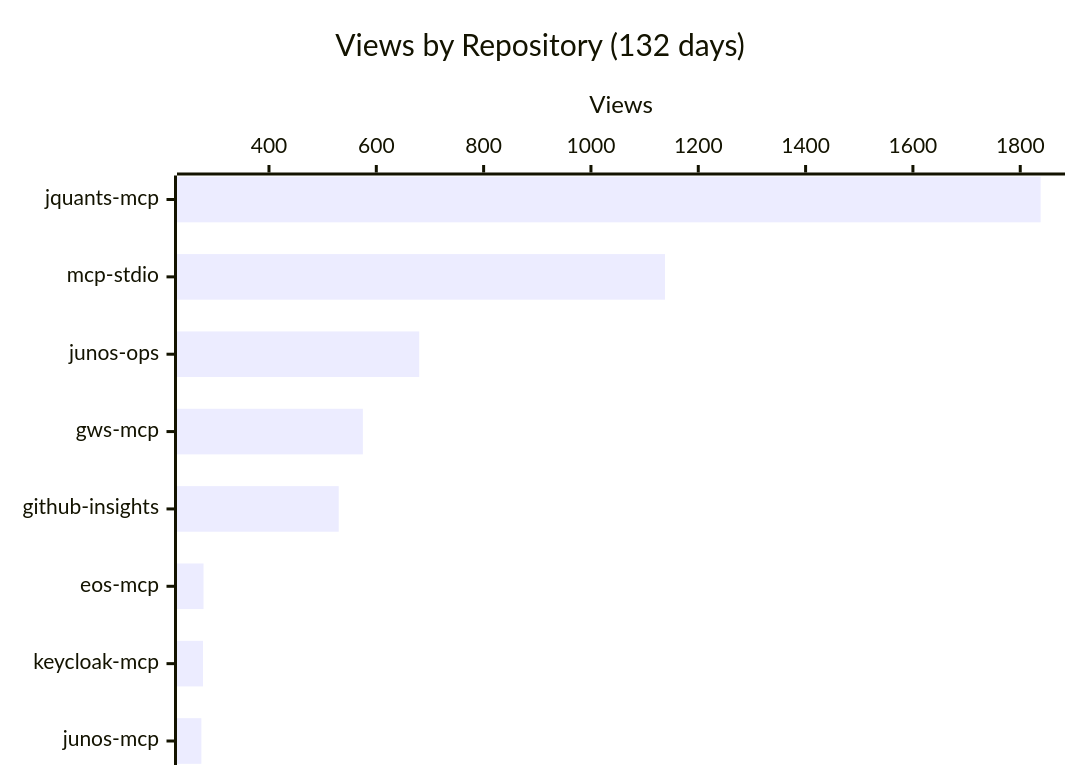
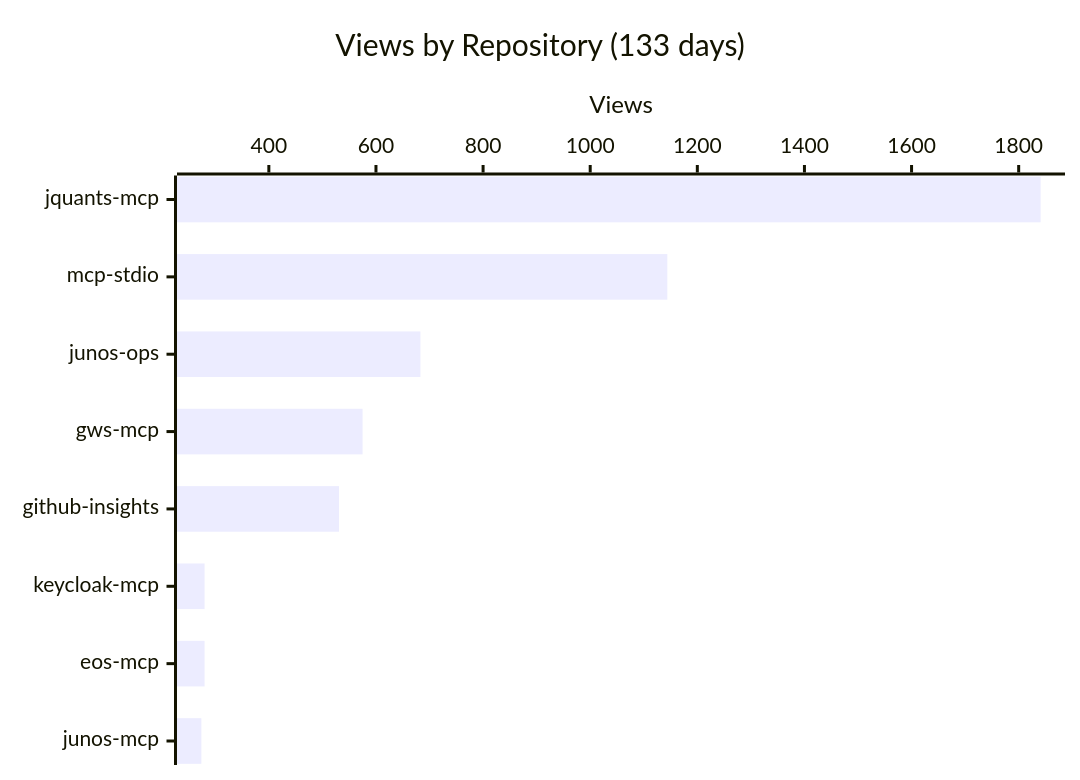
The first of 4 diagrams in README.md (shigechika/github-insights), drawn with Mermaid before and after one commit. The commit also changed other lines of this file and 2 other files, not shown here.

````diff
--- a/README.md
+++ b/README.md
@@ -18,7 +18,7 @@
 ```mermaid
 xychart-beta horizontal
-    title "Views by Repository (132 days)"
-    x-axis ["jquants-mcp", "mcp-stdio", "junos-ops", "gws-mcp", "github-insights", "eos-mcp", "keycloak-mcp", "junos-mcp"]
+    title "Views by Repository (133 days)"
+    x-axis ["jquants-mcp", "mcp-stdio", "junos-ops", "gws-mcp", "github-insights", "keycloak-mcp", "eos-mcp", "junos-mcp"]
     y-axis "Views"
-    bar [1838, 1138, 680, 575, 530, 278, 277, 274]
+    bar [1841, 1144, 683, 575, 531, 280, 280, 274]
 ```
````
